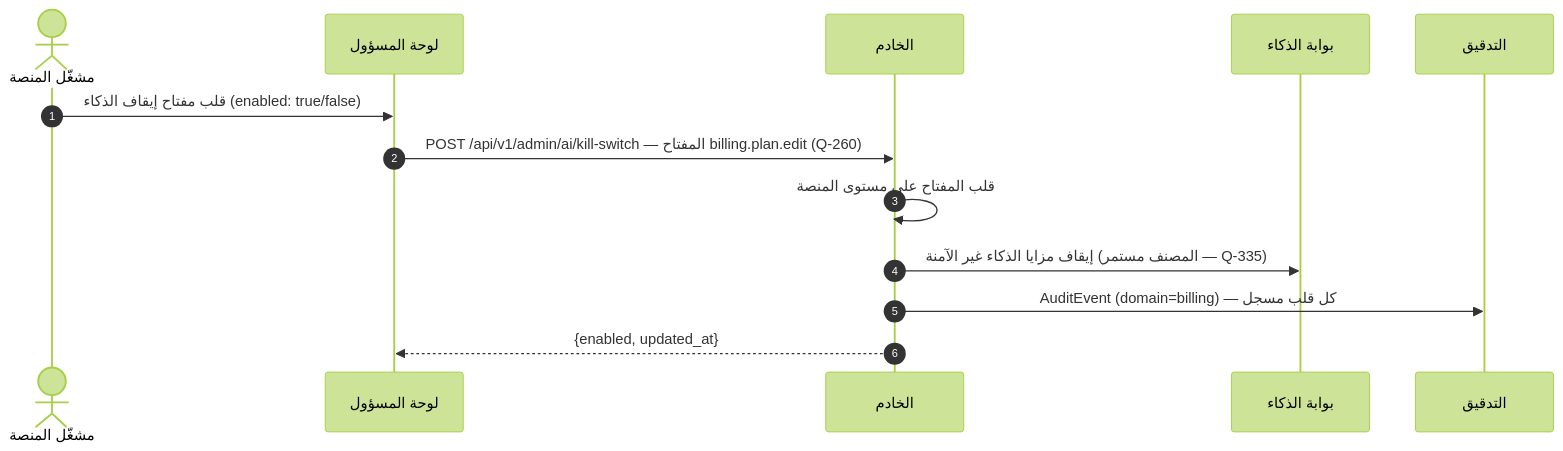
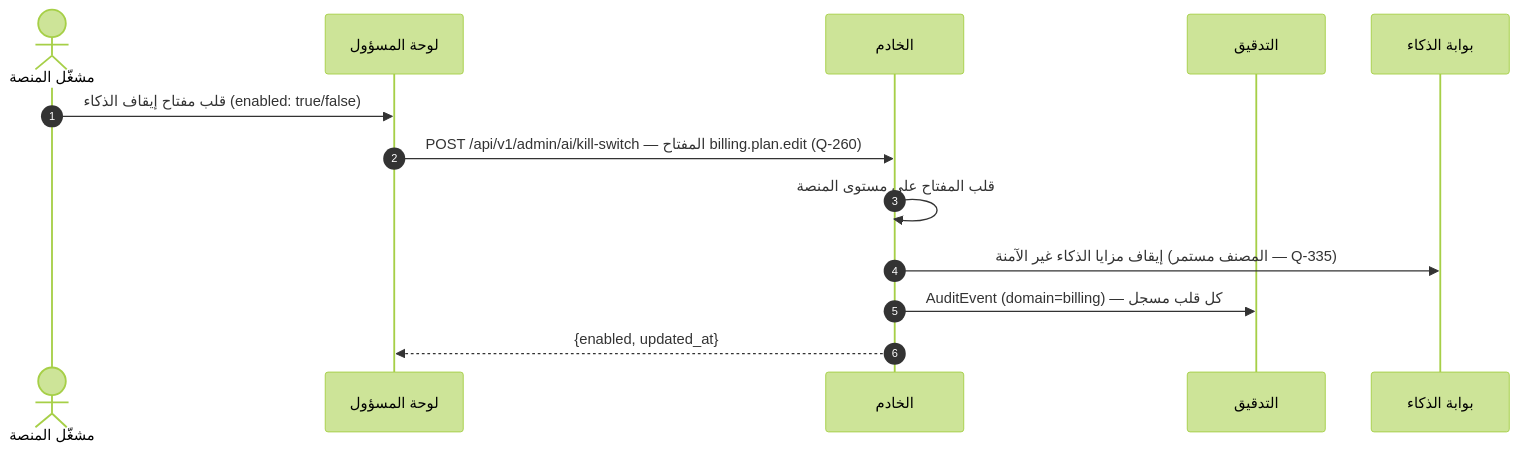
One commit to Bassam-mohammed-alqaeadi/family-os-v2 changed the ninth of 22 diagrams in docs/family-os/governance/phases/phase-1/S1-04-plans-and-subscriptions/DIAGRAMS.md. Above: the diagram before and after it, drawn with Mermaid (forest theme). The commit also changed other lines of this file, not shown here.

````diff
--- a/docs/family-os/governance/phases/phase-1/S1-04-plans-and-subscriptions/DIAGRAMS.md
+++ b/docs/family-os/governance/phases/phase-1/S1-04-plans-and-subscriptions/DIAGRAMS.md
@@ -361,15 +396,15 @@
 ```mermaid
 sequenceDiagram
     autonumber
     actor Operator as مشغّل المنصة
     participant App as لوحة المسؤول
     participant Ktor as الخادم
+    participant Audit as التدقيق
     participant Gateway as بوابة الذكاء
-    participant Audit as التدقيق
     Operator->>App: قلب مفتاح إيقاف الذكاء (enabled: true/false)
     App->>Ktor: POST /api/v1/admin/ai/kill-switch — المفتاح billing.plan.edit (Q-260)
     Ktor->>Ktor: قلب المفتاح على مستوى المنصة
     Ktor->>Gateway: إيقاف مزايا الذكاء غير الآمنة (المصنف مستمر — Q-335)
     Ktor->>Audit: AuditEvent (domain=billing) — كل قلب مسجل
     Ktor-->>App: {enabled, updated_at}
 ```
````
